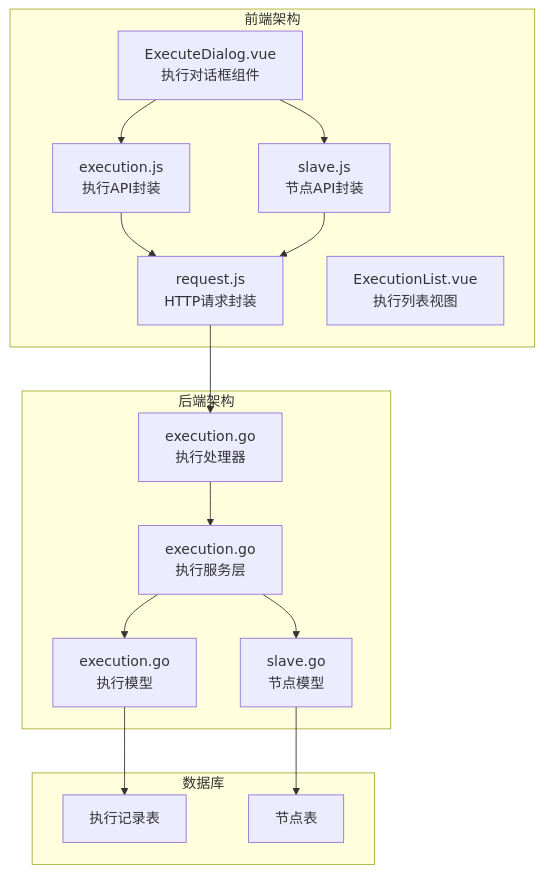
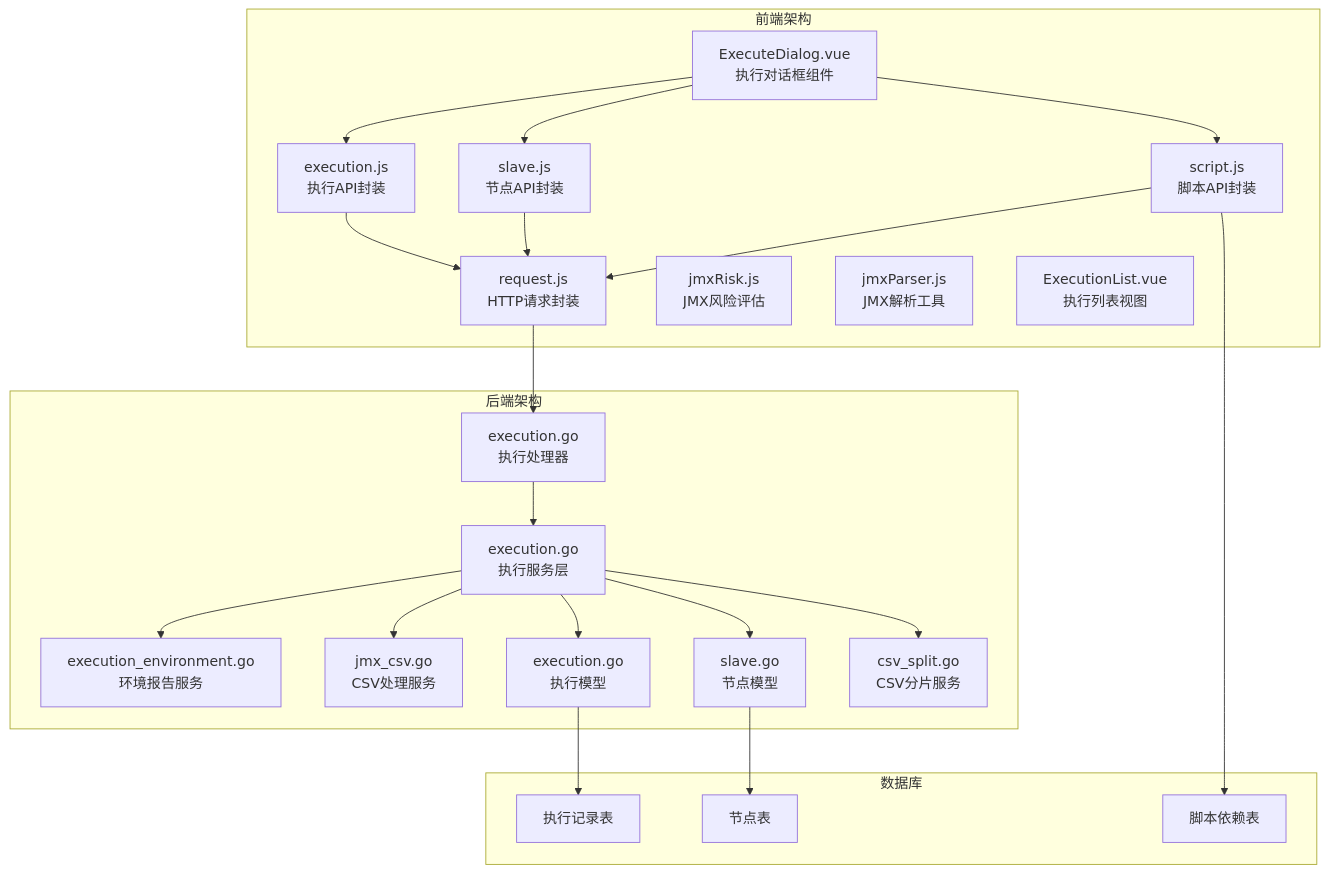
The first of 10 diagrams in .qoder/repowiki/zh/content/前端组件详解/执行对话框组件.md (Liyuhao02/Jmeter-Admin), drawn with Mermaid before and after one commit. The commit also changed other lines of this file and 7 other files, not shown here.

````diff
--- a/.qoder/repowiki/zh/content/前端组件详解/执行对话框组件.md
+++ b/.qoder/repowiki/zh/content/前端组件详解/执行对话框组件.md
@@ -39,30 +55,43 @@
 ```mermaid
 graph TB
 subgraph "前端架构"
 A[ExecuteDialog.vue<br/>执行对话框组件]
 B[execution.js<br/>执行API封装]
 C[slave.js<br/>节点API封装]
-D[request.js<br/>HTTP请求封装]
-E[ExecutionList.vue<br/>执行列表视图]
+D[script.js<br/>脚本API封装]
+E[request.js<br/>HTTP请求封装]
+F[jmxRisk.js<br/>JMX风险评估]
+G[jmxParser.js<br/>JMX解析工具]
+H[ExecutionList.vue<br/>执行列表视图]
 end
 subgraph "后端架构"
-F[execution.go<br/>执行处理器]
-G[execution.go<br/>执行服务层]
-H[execution.go<br/>执行模型]
-I[slave.go<br/>节点模型]
+I[execution.go<br/>执行处理器]
+J[execution.go<br/>执行服务层]
+K[execution_environment.go<br/>环境报告服务]
+L[jmx_csv.go<br/>CSV处理服务]
+M[execution.go<br/>执行模型]
+N[slave.go<br/>节点模型]
+O[csv_split.go<br/>CSV分片服务]
 end
 subgraph "数据库"
-J[执行记录表]
-K[节点表]
+P[执行记录表]
+Q[节点表]
+R[脚本依赖表]
 end
 A --> B
 A --> C
-B --> D
-C --> D
-D --> F
-F --> G
-G --> H
-G --> I
-H --> J
-I --> K
+A --> D
+B --> E
+C --> E
+D --> E
+E --> I
+I --> J
+J --> K
+J --> L
+J --> O
+J --> M
+J --> N
+M --> P
+N --> Q
+D --> R
 ```
````
